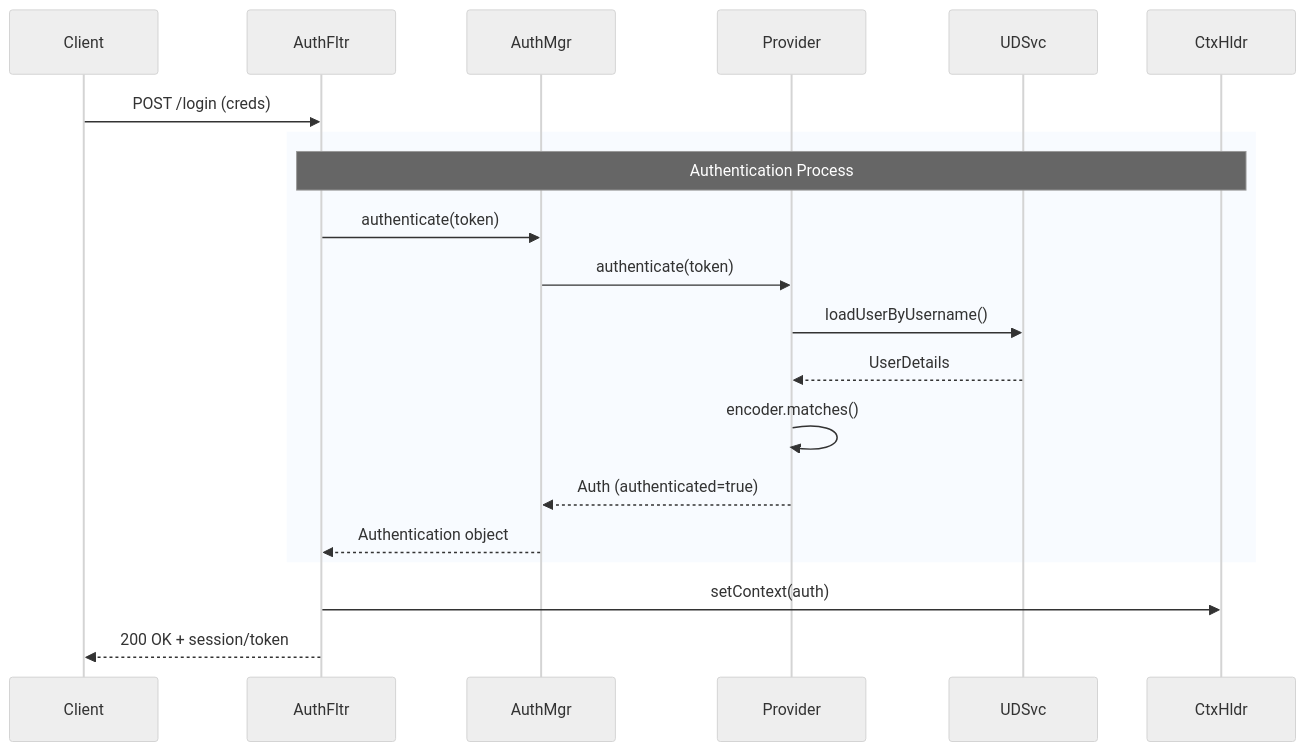
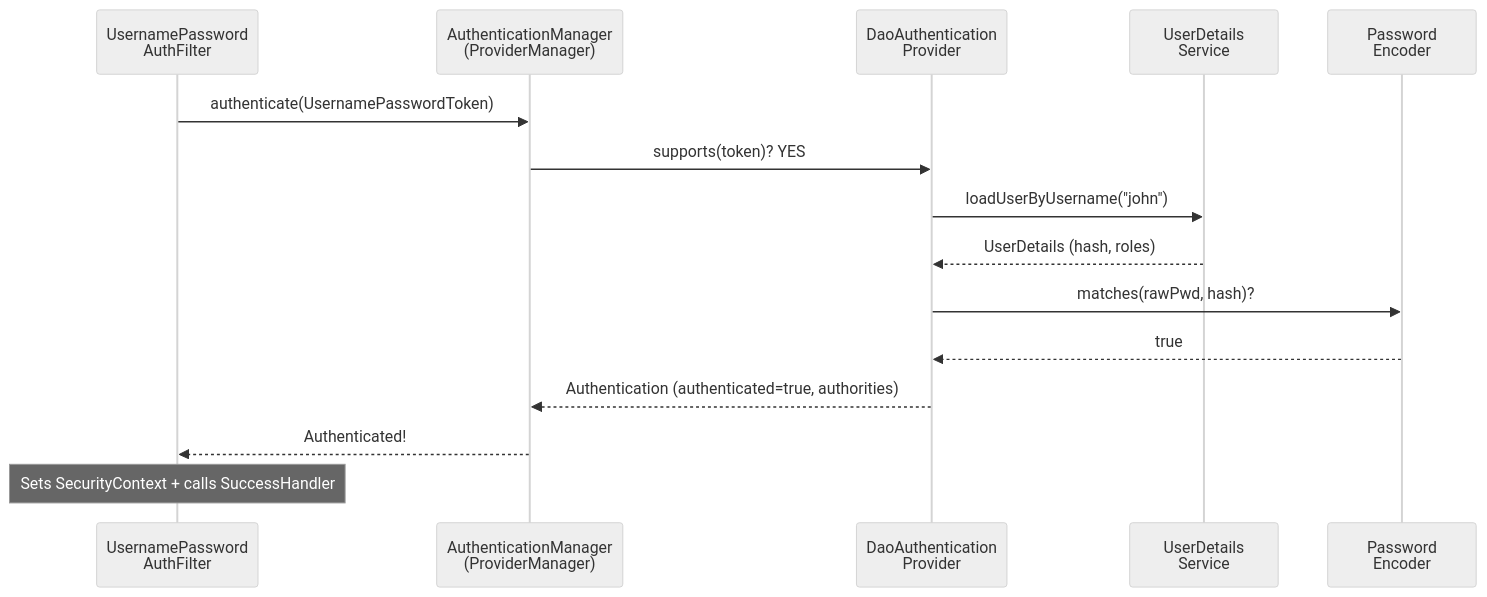
The fourth of 11 diagrams in docs/springboot/security-filter-chain.md (saivamsikaruturi/vamsilabs-dev-notes-main), drawn with Mermaid (neutral theme) before and after one commit. The commit also changed other lines of this file and 21 other files, not shown here.

````diff
--- a/docs/springboot/security-filter-chain.md
+++ b/docs/springboot/security-filter-chain.md
@@ -219,25 +287,18 @@
 ```mermaid
 sequenceDiagram
-    participant Cli as Client
-    participant AF as AuthFltr
-    participant AM as AuthMgr
-    participant Prov as Provider
-    participant UDS as UDSvc
-    participant SCH as CtxHldr
+    participant UPF as UsernamePassword<br/>AuthFilter
+    participant AM as AuthenticationManager<br/>(ProviderManager)
+    participant DAP as DaoAuthentication<br/>Provider
+    participant UDS as UserDetails<br/>Service
+    participant PE as Password<br/>Encoder
 
-    Cli->>AF: POST /login (creds)
-
-    rect rgba(219, 234, 254, 0.2)
-        Note over AF,SCH: Authentication Process
-        AF->>AM: authenticate(token)
-        AM->>Prov: authenticate(token)
-        Prov->>UDS: loadUserByUsername()
-        UDS-->>Prov: UserDetails
-        Prov->>Prov: encoder.matches()
-        Prov-->>AM: Auth (authenticated=true)
-        AM-->>AF: Authentication object
-    end
-
-    AF->>SCH: setContext(auth)
-    AF-->>Cli: 200 OK + session/token
+    UPF->>AM: authenticate(UsernamePasswordToken)
+    AM->>DAP: supports(token)? YES
+    DAP->>UDS: loadUserByUsername("john")
+    UDS-->>DAP: UserDetails (hash, roles)
+    DAP->>PE: matches(rawPwd, hash)?
+    PE-->>DAP: true
+    DAP-->>AM: Authentication (authenticated=true, authorities)
+    AM-->>UPF: Authenticated!
+    Note over UPF: Sets SecurityContext + calls SuccessHandler
 ```
````
